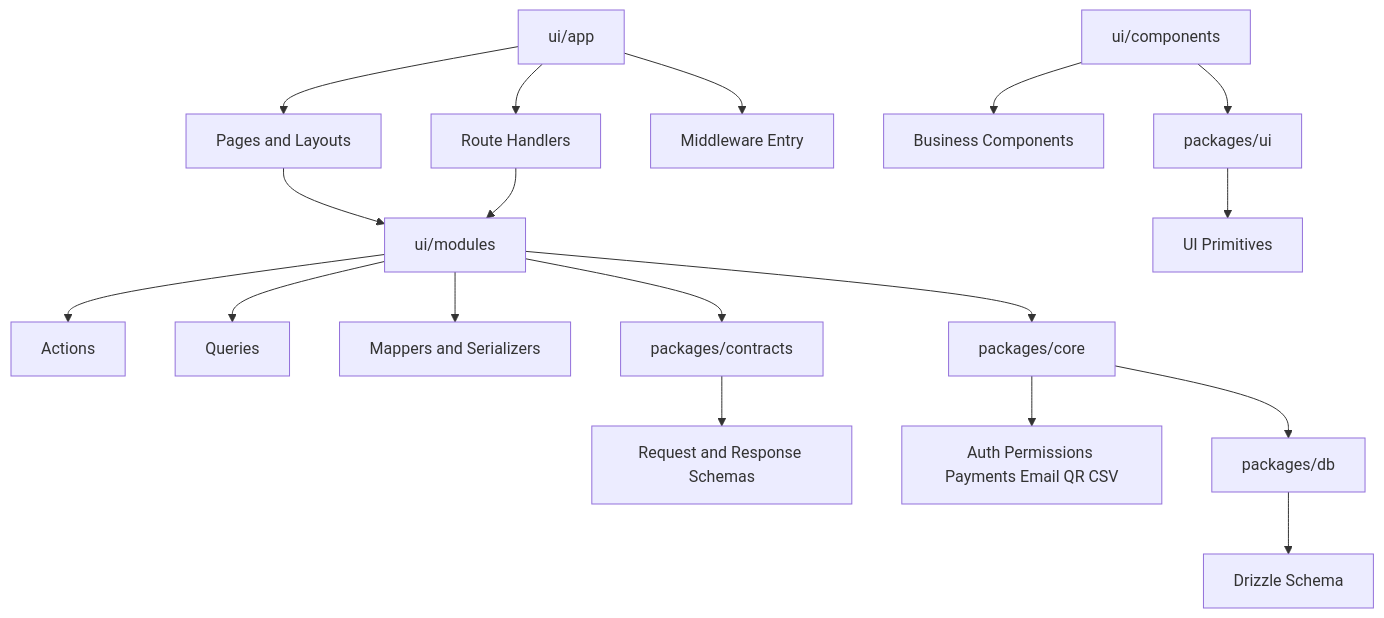
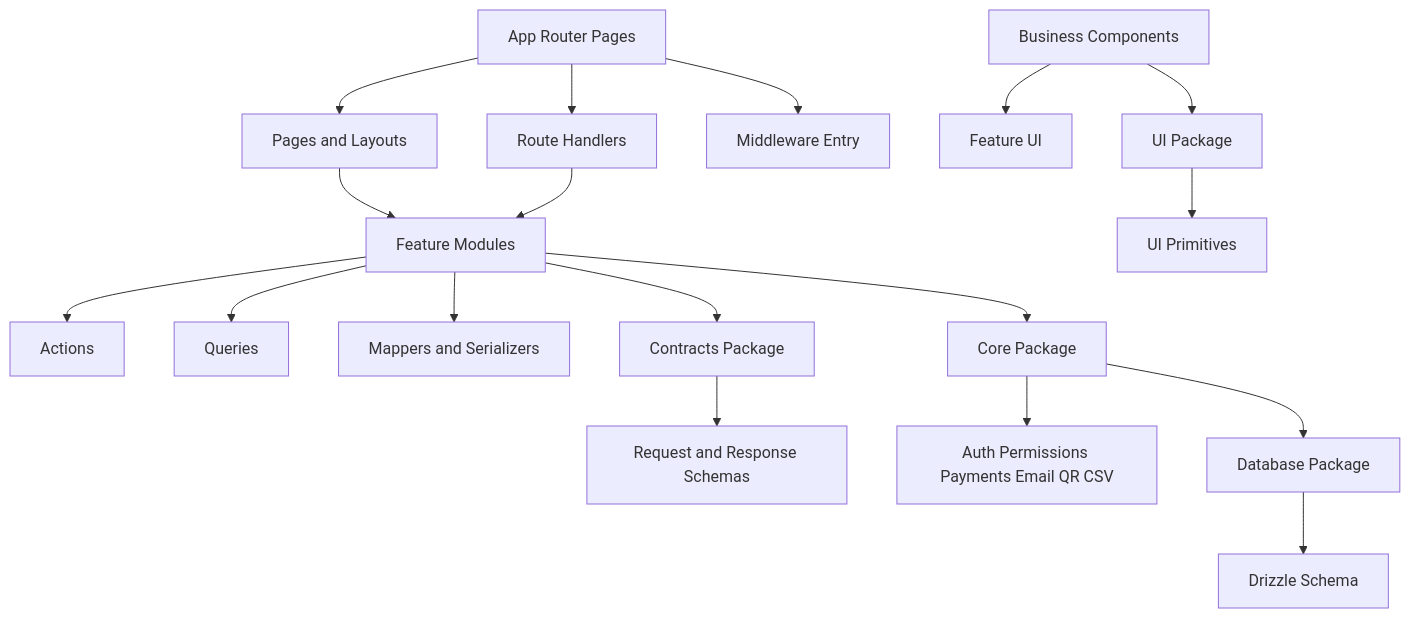
The eighth of 8 diagrams in docs/tickets/salaticket-monorepo-architecture.md (dtaborda/startup-saas-template), drawn with Mermaid before and after one commit. The commit also changed other lines of this file, not shown here.

Commit message:
docs(tickets): fix Mermaid rendering compatibility

````diff
--- a/docs/tickets/salaticket-monorepo-architecture.md
+++ b/docs/tickets/salaticket-monorepo-architecture.md
@@ -597,23 +597,23 @@
 ```mermaid
 flowchart TD
-    A[ui/app] --> A1[Pages and Layouts]
+    A["App Router Pages"] --> A1[Pages and Layouts]
     A --> A2[Route Handlers]
     A --> A3[Middleware Entry]
 
-    B[ui/components] --> B1[Business Components]
-    C[ui/modules] --> C1[Actions]
+    B["Business Components"] --> B1[Feature UI]
+    C["Feature Modules"] --> C1[Actions]
     C --> C2[Queries]
     C --> C3[Mappers and Serializers]
 
-    D[packages/contracts] --> D1[Request and Response Schemas]
-    E[packages/core] --> E1[Auth Permissions Payments Email QR CSV]
-    F[packages/db] --> F1[Drizzle Schema]
-    G[packages/ui] --> G1[UI Primitives]
+    D["Contracts Package"] --> D1[Request and Response Schemas]
+    E["Core Package"] --> E1[Auth Permissions Payments Email QR CSV]
+    F["Database Package"] --> F1[Drizzle Schema]
+    G["UI Package"] --> G1[UI Primitives]
 
     A1 --> C
     A2 --> C
     C --> D
     C --> E
     E --> F
     B --> G
 ```
````
